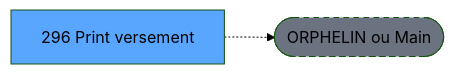
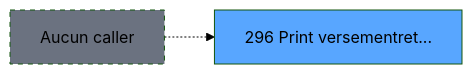
The second of 3 diagrams in .openspec/specs/ADH-IDE-296.md (thonyAGP/magic-migration), drawn with Mermaid (forest theme) before and after one commit. The commit also changed other lines of this file and 253 other files, not shown here.

````diff
--- a/.openspec/specs/ADH-IDE-296.md
+++ b/.openspec/specs/ADH-IDE-296.md
@@ -118,8 +422,8 @@
 ```mermaid
 graph LR
-    T[296 Print versement]
-    ORPHAN([ORPHELIN ou Main])
-    T -.-> ORPHAN
-    style T fill:#58a6ff,color:#000
-    style ORPHAN fill:#6b7280,stroke-dasharray: 5 5
+    T296[296 Print versementret...]
+    style T296 fill:#58a6ff
+    NONE[Aucun caller]
+    NONE -.-> T296
+    style NONE fill:#6b7280,stroke-dasharray: 5 5
 ```
````
